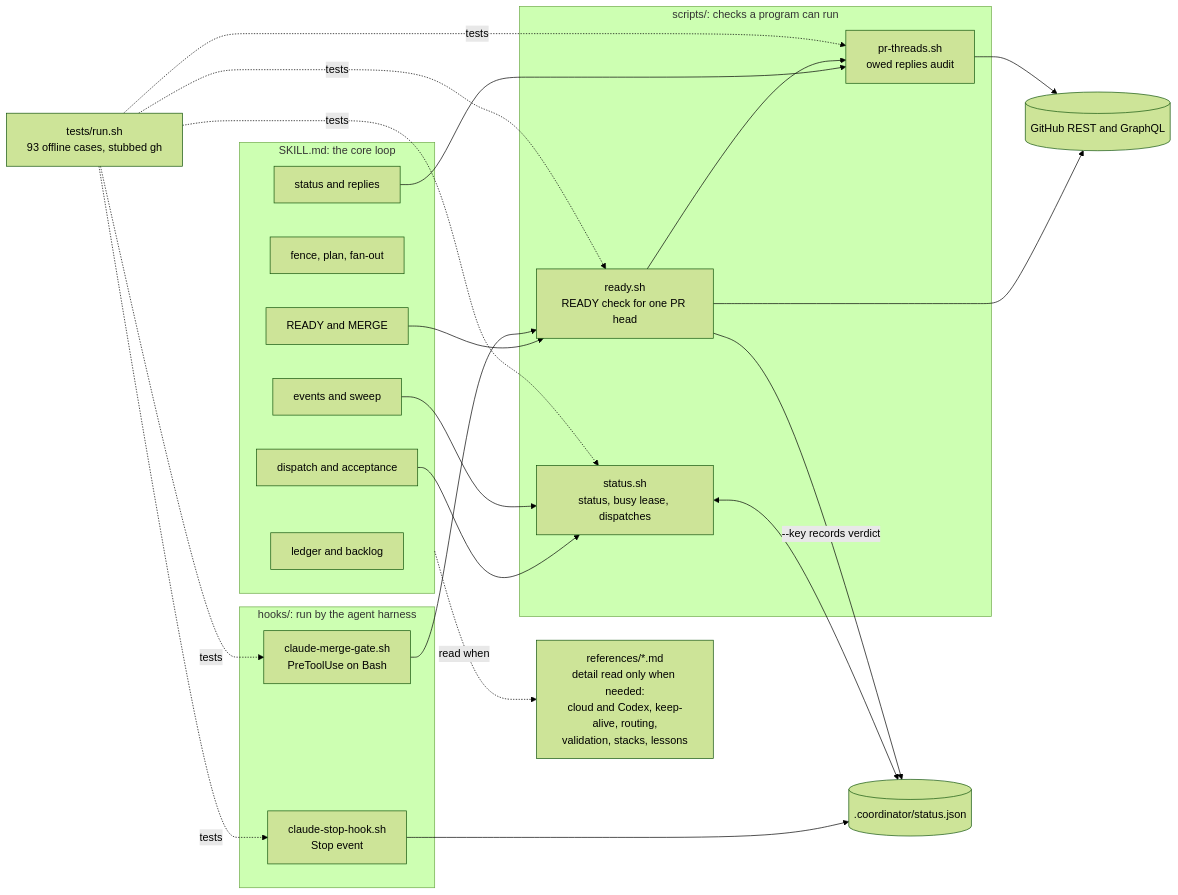
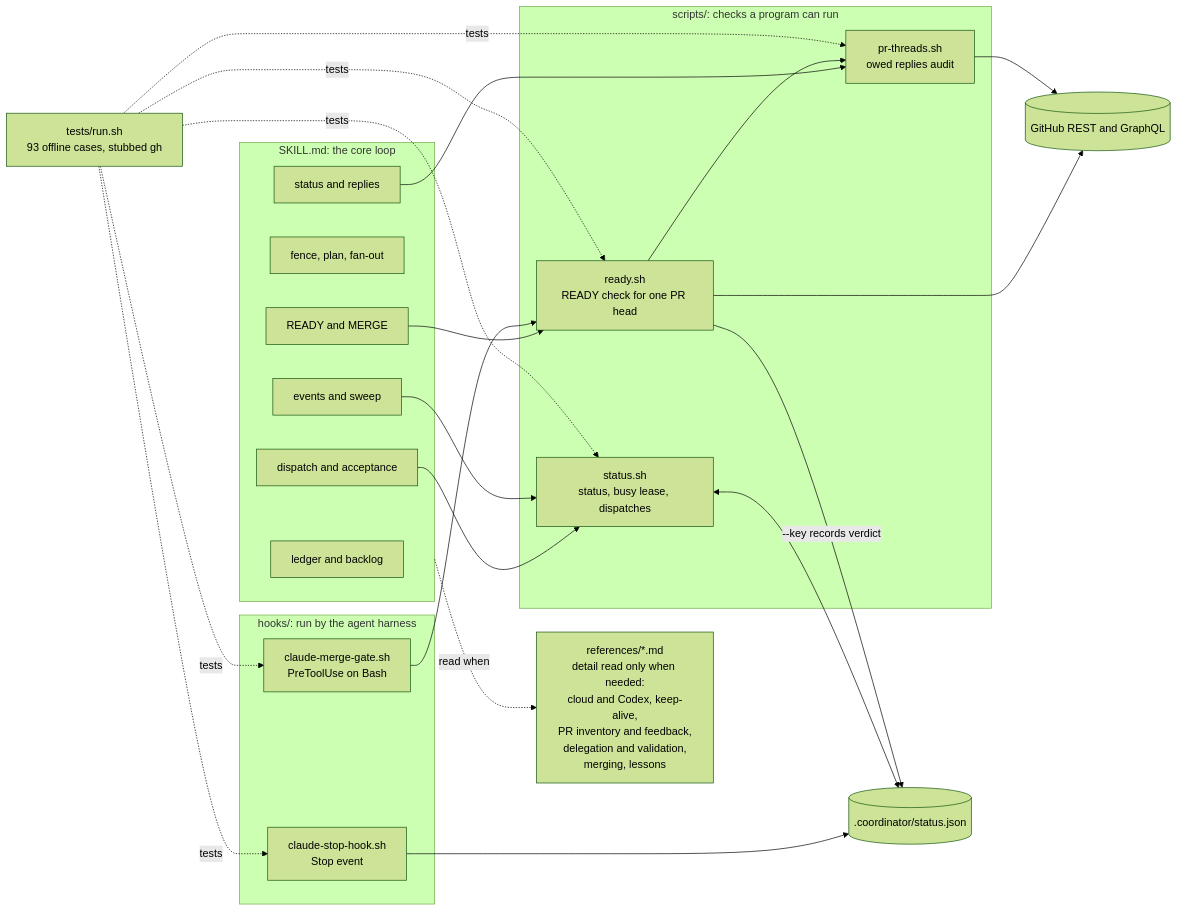
Before and after one commit to mejasonmejason/execution-coordinator: the first of 11 diagrams in docs/OVERVIEW.md, drawn with Mermaid (forest theme). The commit also changed 6 other files, not shown here.

````diff
--- a/docs/OVERVIEW.md
+++ b/docs/OVERVIEW.md
@@ -18,36 +18,36 @@
 ```mermaid
 flowchart LR
   subgraph Rules["SKILL.md: the core loop"]
     R1["ledger and backlog"]
     R2["fence, plan, fan-out"]
     R3["READY and MERGE"]
     R4["dispatch and acceptance"]
     R5["events and sweep"]
     R6["status and replies"]
   end
-  Refs["references/*.md<br/>detail read only when needed:<br/>cloud and Codex, keep-alive, routing,<br/>validation, stacks, lessons"]
+  Refs["references/*.md<br/>detail read only when needed:<br/>cloud and Codex, keep-alive,<br/>PR inventory and feedback,<br/>delegation and validation,<br/>merging, lessons"]
   Rules -. "read when" .-> Refs
   subgraph Scripts["scripts/: checks a program can run"]
     S1["status.sh<br/>status, busy lease, dispatches"]
     S2["ready.sh<br/>READY check for one PR head"]
     S3["pr-threads.sh<br/>owed replies audit"]
   end
   subgraph Hooks["hooks/: run by the agent harness"]
     H1["claude-stop-hook.sh<br/>Stop event"]
     H2["claude-merge-gate.sh<br/>PreToolUse on Bash"]
   end
   State[(".coordinator/status.json")]
   GH[("GitHub REST and GraphQL")]
   R3 --> S2
   R4 --> S1
   R6 --> S3
   R5 --> S1
   H2 --> S2
   S2 --> S3
   S1 <--> State
   H1 --> State
   S2 -- "--key records verdict" --> State
   S2 --> GH
   S3 --> GH
   T["tests/run.sh<br/>93 offline cases, stubbed gh"] -. tests .-> S1 & S2 & S3 & H1 & H2
 ```
````
